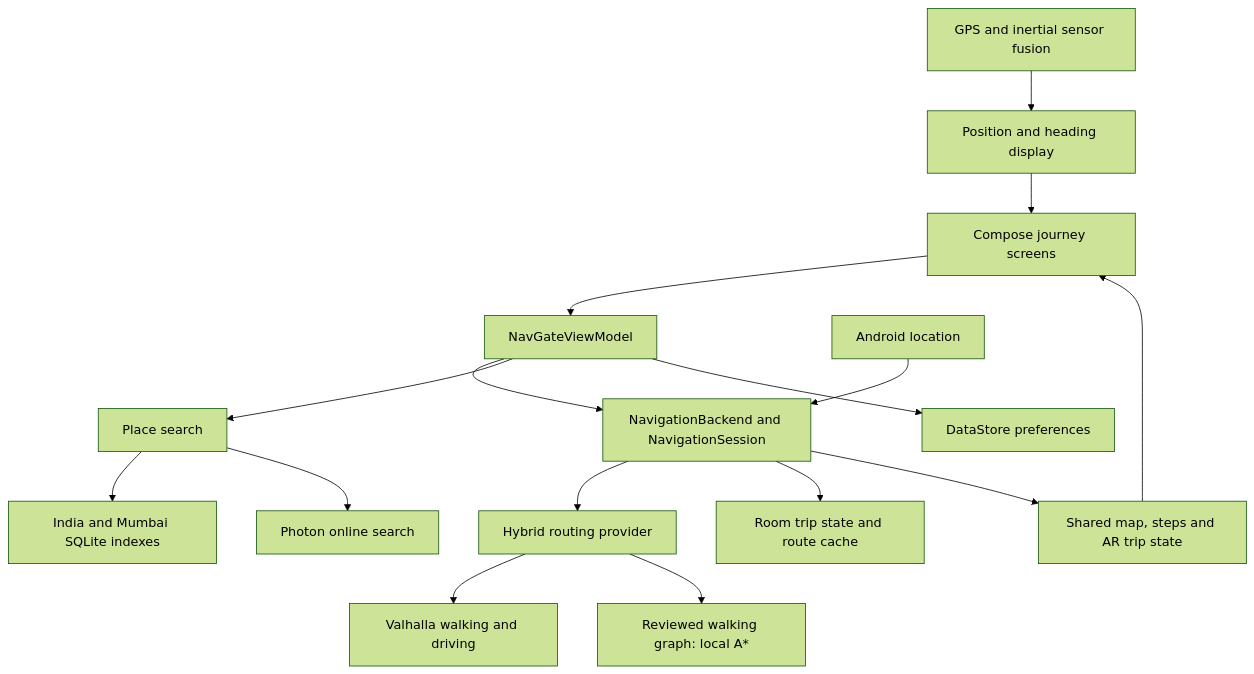
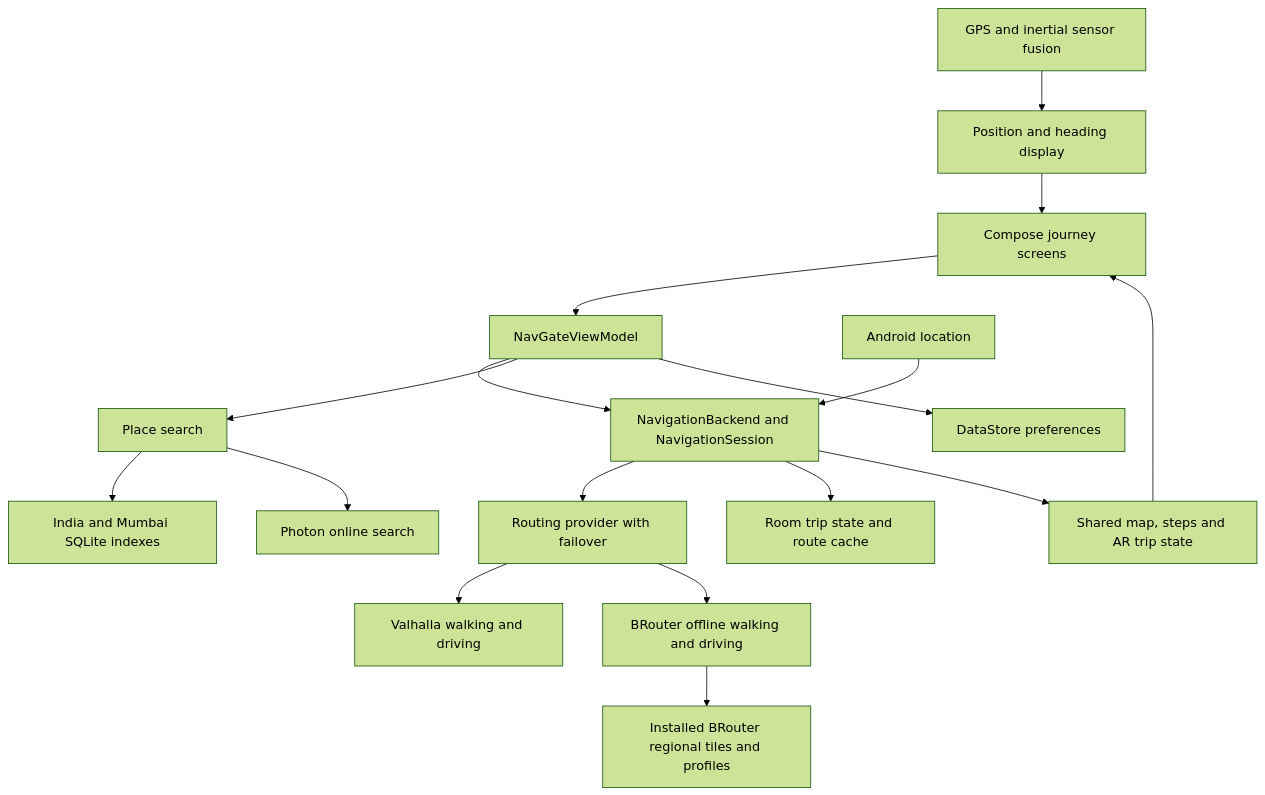
Before and after one commit to InsaneCoder789/NavGate: the second of 2 diagrams in README.md, drawn with Mermaid (forest theme). The commit also changed other lines of this file, not shown here.

First line of the commit message:
docs: Refresh README for current navigation architecture

````diff
--- a/README.md
+++ b/README.md
@@ -58,18 +58,19 @@
 ```mermaid
 flowchart TD
     UI[Compose journey screens] --> VM[NavGateViewModel]
     VM --> Core[NavigationBackend and NavigationSession]
     GPS[Android location] --> Core
     Sensors[GPS and inertial sensor fusion] --> Display[Position and heading display]
     Display --> UI
-    Core --> Router[Hybrid routing provider]
+    Core --> Router[Routing provider with failover]
     Router --> Road[Valhalla walking and driving]
-    Router --> LocalGraph[Reviewed walking graph: local A*]
+    Router --> LocalRoad[BRouter offline walking and driving]
+    LocalRoad --> RoutingData[Installed BRouter regional tiles and profiles]
     Search[Place search] --> Local[India and Mumbai SQLite indexes]
     Search --> Photon[Photon online search]
     VM --> Search
     Core --> Store[Room trip state and route cache]
     VM --> Prefs[DataStore preferences]
     Core --> Views[Shared map, steps and AR trip state]
     Views --> UI
 ```
````
